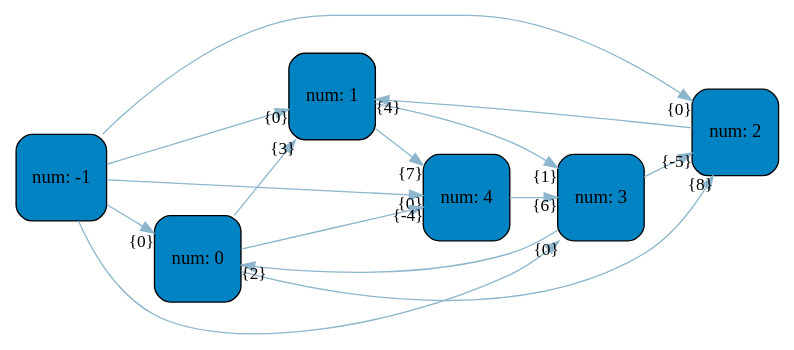
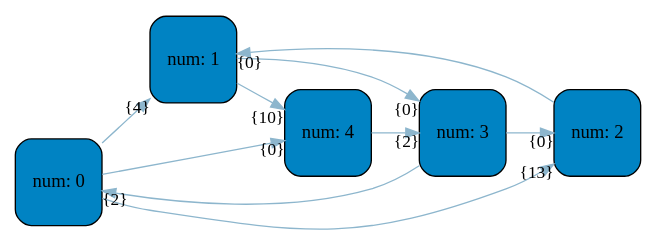
One commit to MaxGroshev/graph_algorithm changed the diagram in jhonson/graphviz_lib/graph_dump.dot. Above: the diagram before and after it, drawn with Graphviz. The commit also changed 14 other files, not shown here.

```diff
--- a/jhonson/graphviz_lib/graph_dump.dot
+++ b/jhonson/graphviz_lib/graph_dump.dot
@@ -1,26 +1,20 @@
 digraph   
 {
 rankdir = "LR"
 splines = "true"
 
-node0x604000001390 [shape      = "Mrecord", width = 0.9, height = 0.9,  fillcolor   = "#0083C3", style = "filled", fontcolor= " black", fontname = "Calibri", color = "black", label = "{num: -1}"]
-node0x604000001390 -> node0x604000001394 [color = "#8DB6CD", style = "", constraint = true, fillcolor = "#8DB6CD",   fontcolor = "", fontname = "Calibri", fontsize = "13", headlabel = "{0}"]
-node0x604000001390 -> node0x604000001398 [color = "#8DB6CD", style = "", constraint = true, fillcolor = "#8DB6CD",   fontcolor = "", fontname = "Calibri", fontsize = "13", headlabel = "{0}"]
-node0x604000001390 -> node0x60400000139c [color = "#8DB6CD", style = "", constraint = true, fillcolor = "#8DB6CD",   fontcolor = "", fontname = "Calibri", fontsize = "13", headlabel = "{0}"]
-node0x604000001390 -> node0x6040000013a0 [color = "#8DB6CD", style = "", constraint = true, fillcolor = "#8DB6CD",   fontcolor = "", fontname = "Calibri", fontsize = "13", headlabel = "{0}"]
-node0x604000001390 -> node0x6040000013a4 [color = "#8DB6CD", style = "", constraint = true, fillcolor = "#8DB6CD",   fontcolor = "", fontname = "Calibri", fontsize = "13", headlabel = "{0}"]
-node0x604000001394 [shape      = "Mrecord", width = 0.9, height = 0.9,  fillcolor   = "#0083C3", style = "filled", fontcolor= " black", fontname = "Calibri", color = "black", label = "{num: 0}"]
-node0x604000001394 -> node0x604000001398 [color = "#8DB6CD", style = "", constraint = true, fillcolor = "#8DB6CD",   fontcolor = "", fontname = "Calibri", fontsize = "13", headlabel = "{3}"]
-node0x604000001394 -> node0x60400000139c [color = "#8DB6CD", style = "", constraint = true, fillcolor = "#8DB6CD",   fontcolor = "", fontname = "Calibri", fontsize = "13", headlabel = "{8}"]
-node0x604000001394 -> node0x6040000013a4 [color = "#8DB6CD", style = "", constraint = true, fillcolor = "#8DB6CD",   fontcolor = "", fontname = "Calibri", fontsize = "13", headlabel = "{-4}"]
-node0x604000001398 [shape      = "Mrecord", width = 0.9, height = 0.9,  fillcolor   = "#0083C3", style = "filled", fontcolor= " black", fontname = "Calibri", color = "black", label = "{num: 1}"]
-node0x604000001398 -> node0x6040000013a0 [color = "#8DB6CD", style = "", constraint = true, fillcolor = "#8DB6CD",   fontcolor = "", fontname = "Calibri", fontsize = "13", headlabel = "{1}"]
-node0x604000001398 -> node0x6040000013a4 [color = "#8DB6CD", style = "", constraint = true, fillcolor = "#8DB6CD",   fontcolor = "", fontname = "Calibri", fontsize = "13", headlabel = "{7}"]
-node0x60400000139c [shape      = "Mrecord", width = 0.9, height = 0.9,  fillcolor   = "#0083C3", style = "filled", fontcolor= " black", fontname = "Calibri", color = "black", label = "{num: 2}"]
-node0x60400000139c -> node0x604000001398 [color = "#8DB6CD", style = "", constraint = true, fillcolor = "#8DB6CD",   fontcolor = "", fontname = "Calibri", fontsize = "13", headlabel = "{4}"]
-node0x6040000013a0 [shape      = "Mrecord", width = 0.9, height = 0.9,  fillcolor   = "#0083C3", style = "filled", fontcolor= " black", fontname = "Calibri", color = "black", label = "{num: 3}"]
-node0x6040000013a0 -> node0x604000001394 [color = "#8DB6CD", style = "", constraint = true, fillcolor = "#8DB6CD",   fontcolor = "", fontname = "Calibri", fontsize = "13", headlabel = "{2}"]
-node0x6040000013a0 -> node0x60400000139c [color = "#8DB6CD", style = "", constraint = true, fillcolor = "#8DB6CD",   fontcolor = "", fontname = "Calibri", fontsize = "13", headlabel = "{-5}"]
-node0x6040000013a4 [shape      = "Mrecord", width = 0.9, height = 0.9,  fillcolor   = "#0083C3", style = "filled", fontcolor= " black", fontname = "Calibri", color = "black", label = "{num: 4}"]
-node0x6040000013a4 -> node0x6040000013a0 [color = "#8DB6CD", style = "", constraint = true, fillcolor = "#8DB6CD",   fontcolor = "", fontname = "Calibri", fontsize = "13", headlabel = "{6}"]
+node0x603000004db0 [shape      = "Mrecord", width = 0.9, height = 0.9,  fillcolor   = "#0083C3", style = "filled", fontcolor= " black", fontname = "Calibri", color = "black", label = "{num: 0}"]
+node0x603000004db0 -> node0x603000004db4 [color = "#8DB6CD", style = "", constraint = true, fillcolor = "#8DB6CD",   fontcolor = "", fontname = "Calibri", fontsize = "13", headlabel = "{4}"]
+node0x603000004db0 -> node0x603000004db8 [color = "#8DB6CD", style = "", constraint = true, fillcolor = "#8DB6CD",   fontcolor = "", fontname = "Calibri", fontsize = "13", headlabel = "{13}"]
+node0x603000004db0 -> node0x603000004dc0 [color = "#8DB6CD", style = "", constraint = true, fillcolor = "#8DB6CD",   fontcolor = "", fontname = "Calibri", fontsize = "13", headlabel = "{0}"]
+node0x603000004db4 [shape      = "Mrecord", width = 0.9, height = 0.9,  fillcolor   = "#0083C3", style = "filled", fontcolor= " black", fontname = "Calibri", color = "black", label = "{num: 1}"]
+node0x603000004db4 -> node0x603000004dbc [color = "#8DB6CD", style = "", constraint = true, fillcolor = "#8DB6CD",   fontcolor = "", fontname = "Calibri", fontsize = "13", headlabel = "{0}"]
+node0x603000004db4 -> node0x603000004dc0 [color = "#8DB6CD", style = "", constraint = true, fillcolor = "#8DB6CD",   fontcolor = "", fontname = "Calibri", fontsize = "13", headlabel = "{10}"]
+node0x603000004db8 [shape      = "Mrecord", width = 0.9, height = 0.9,  fillcolor   = "#0083C3", style = "filled", fontcolor= " black", fontname = "Calibri", color = "black", label = "{num: 2}"]
+node0x603000004db8 -> node0x603000004db4 [color = "#8DB6CD", style = "", constraint = true, fillcolor = "#8DB6CD",   fontcolor = "", fontname = "Calibri", fontsize = "13", headlabel = "{0}"]
+node0x603000004dbc [shape      = "Mrecord", width = 0.9, height = 0.9,  fillcolor   = "#0083C3", style = "filled", fontcolor= " black", fontname = "Calibri", color = "black", label = "{num: 3}"]
+node0x603000004dbc -> node0x603000004db0 [color = "#8DB6CD", style = "", constraint = true, fillcolor = "#8DB6CD",   fontcolor = "", fontname = "Calibri", fontsize = "13", headlabel = "{2}"]
+node0x603000004dbc -> node0x603000004db8 [color = "#8DB6CD", style = "", constraint = true, fillcolor = "#8DB6CD",   fontcolor = "", fontname = "Calibri", fontsize = "13", headlabel = "{0}"]
+node0x603000004dc0 [shape      = "Mrecord", width = 0.9, height = 0.9,  fillcolor   = "#0083C3", style = "filled", fontcolor= " black", fontname = "Calibri", color = "black", label = "{num: 4}"]
+node0x603000004dc0 -> node0x603000004dbc [color = "#8DB6CD", style = "", constraint = true, fillcolor = "#8DB6CD",   fontcolor = "", fontname = "Calibri", fontsize = "13", headlabel = "{2}"]
 }
```
